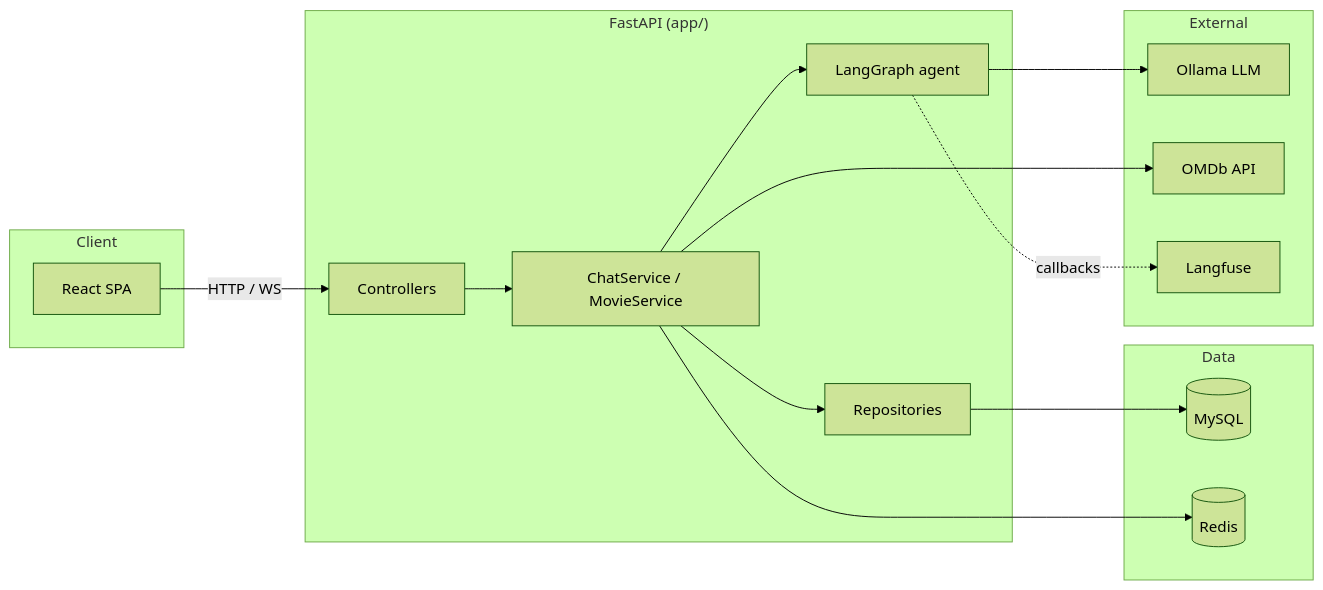
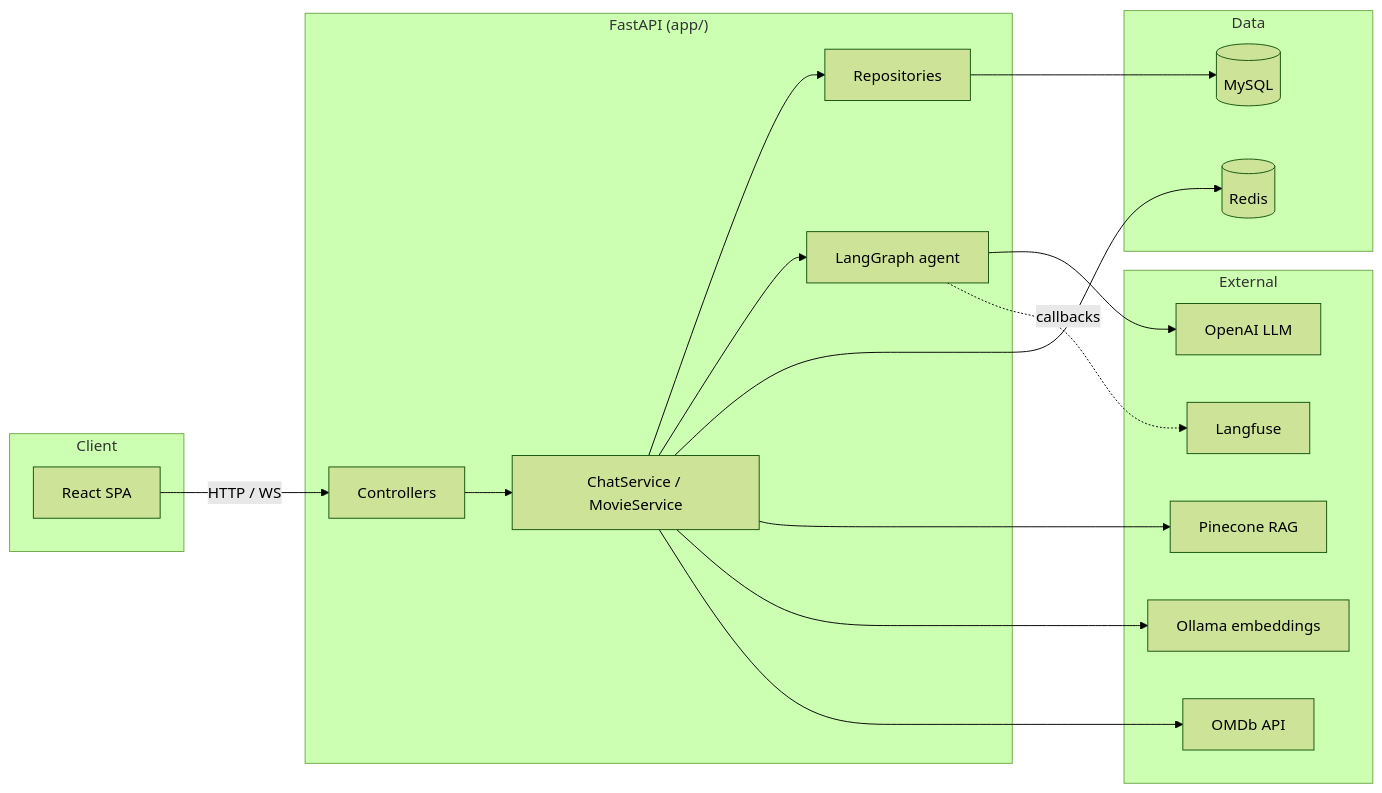
The first of 2 diagrams in docs/ARCHITECTURE.md (raymonds-vault/movie-agent), drawn with Mermaid (forest theme) before and after one commit. The commit also changed other lines of this file and 17 other files, not shown here.

````diff
--- a/docs/ARCHITECTURE.md
+++ b/docs/ARCHITECTURE.md
@@ -21,30 +21,34 @@
 ```mermaid
 flowchart LR
   subgraph Client
     UI[React SPA]
   end
   subgraph API["FastAPI (app/)"]
     C[Controllers]
     S[ChatService / MovieService]
     R[Repositories]
     G[LangGraph agent]
   end
   subgraph Data
     MySQL[(MySQL)]
     Redis[(Redis)]
   end
   subgraph External
-    Ollama[Ollama LLM]
+    OAI[OpenAI LLM]
+    OllamaEmb[Ollama embeddings]
+    Pine[Pinecone RAG]
     OMDb[OMDb API]
     LF[Langfuse]
   end
   UI -->|HTTP / WS| C
   C --> S
   S --> R
   S --> G
   R --> MySQL
   S --> Redis
-  G --> Ollama
+  S --> Pine
+  G --> OAI
+  S --> OllamaEmb
   S --> OMDb
   G -.->|callbacks| LF
 ```
````
